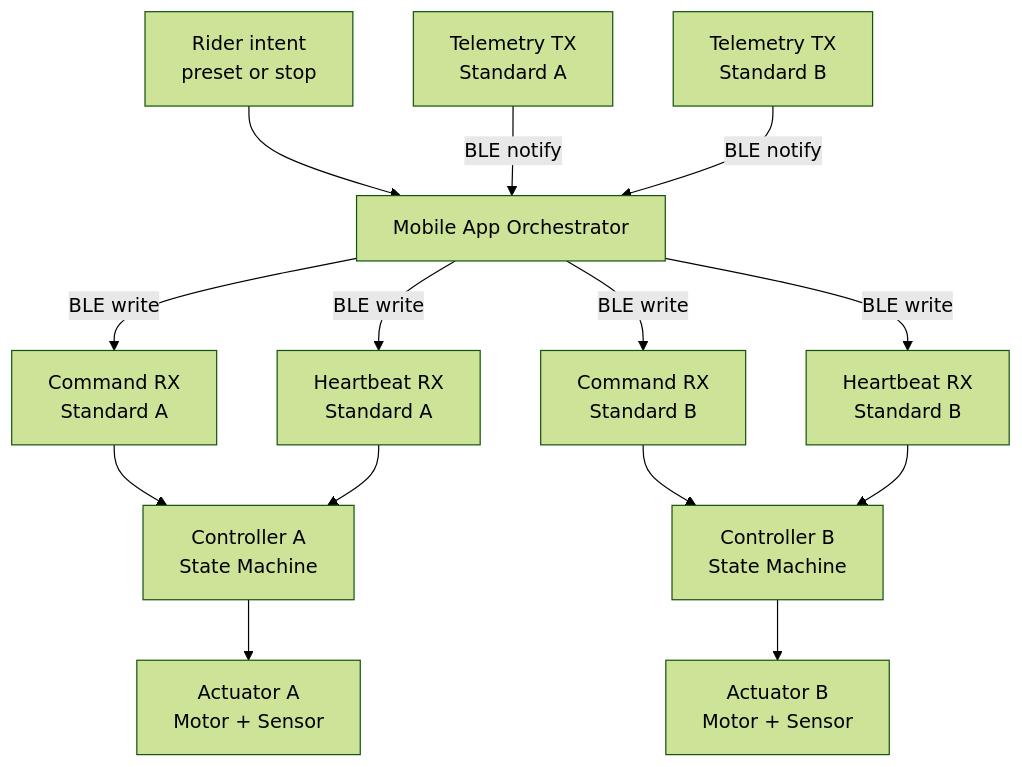
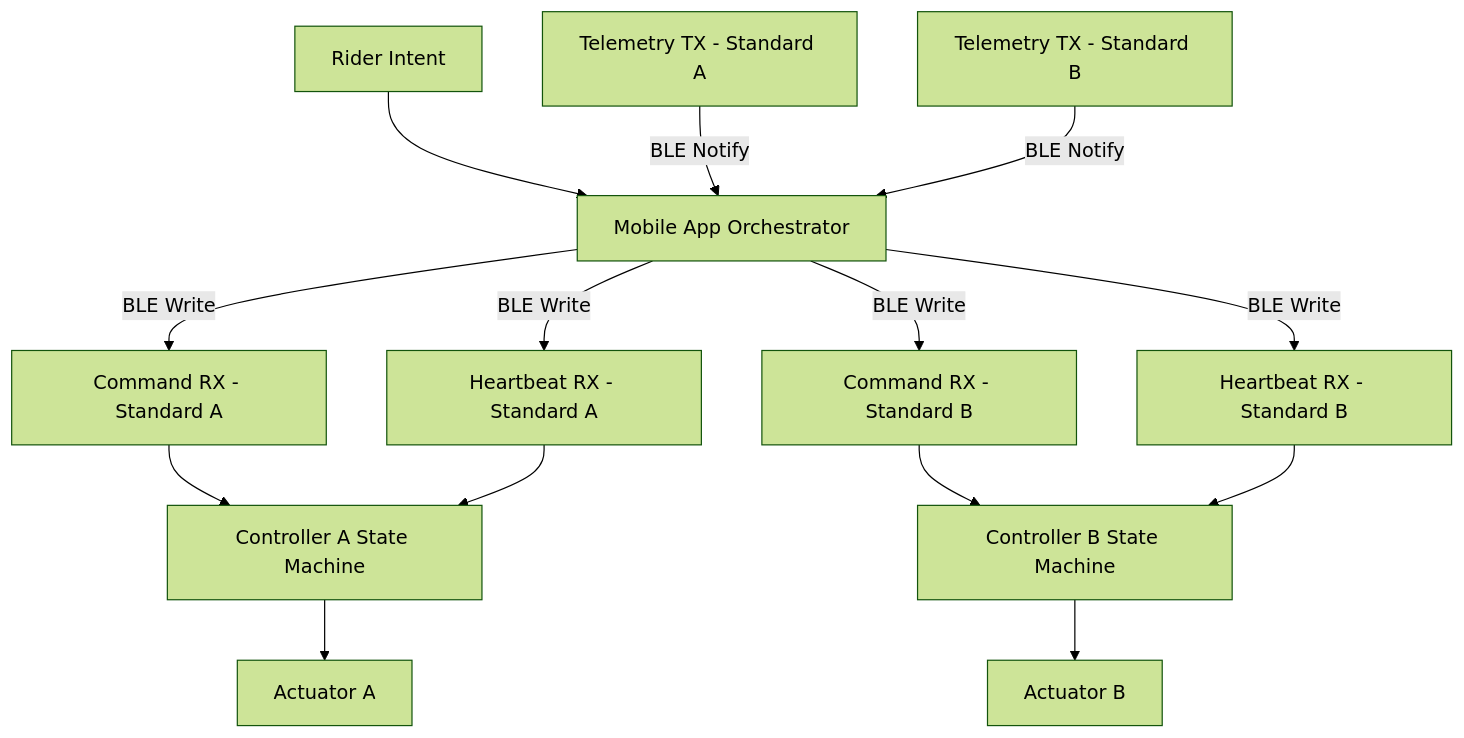
The diagram in README.md (arisharazakhan-cpu/smart-jump-prototype), drawn with Mermaid (forest theme) before and after one commit. The commit also changed other lines of this file, not shown here.

````diff
--- a/README.md
+++ b/README.md
@@ -130,20 +102,20 @@
 ```mermaid
 flowchart TB
-    Rider[Rider intent<br/>preset or stop] --> App[Mobile App Orchestrator]
+    Rider[Rider Intent] --> App[Mobile App Orchestrator]
 
-    App -->|BLE write| CmdA[Command RX<br/>Standard A]
-    App -->|BLE write| HbA[Heartbeat RX<br/>Standard A]
-    TelA[Telemetry TX<br/>Standard A] -->|BLE notify| App
+    App -->|BLE Write| CmdA[Command RX - Standard A]
+    App -->|BLE Write| HbA[Heartbeat RX - Standard A]
+    TelA[Telemetry TX - Standard A] -->|BLE Notify| App
 
-    App -->|BLE write| CmdB[Command RX<br/>Standard B]
-    App -->|BLE write| HbB[Heartbeat RX<br/>Standard B]
-    TelB[Telemetry TX<br/>Standard B] -->|BLE notify| App
+    App -->|BLE Write| CmdB[Command RX - Standard B]
+    App -->|BLE Write| HbB[Heartbeat RX - Standard B]
+    TelB[Telemetry TX - Standard B] -->|BLE Notify| App
 
-    CmdA --> DevA[Controller A<br/>State Machine]
+    CmdA --> DevA[Controller A State Machine]
     HbA --> DevA
-    DevA --> MotA[Actuator A<br/>Motor + Sensor]
+    DevA --> MotA[Actuator A]
 
-    CmdB --> DevB[Controller B<br/>State Machine]
+    CmdB --> DevB[Controller B State Machine]
     HbB --> DevB
-    DevB --> MotB[Actuator B<br/>Motor + Sensor]
+    DevB --> MotB[Actuator B]
 ```
````
